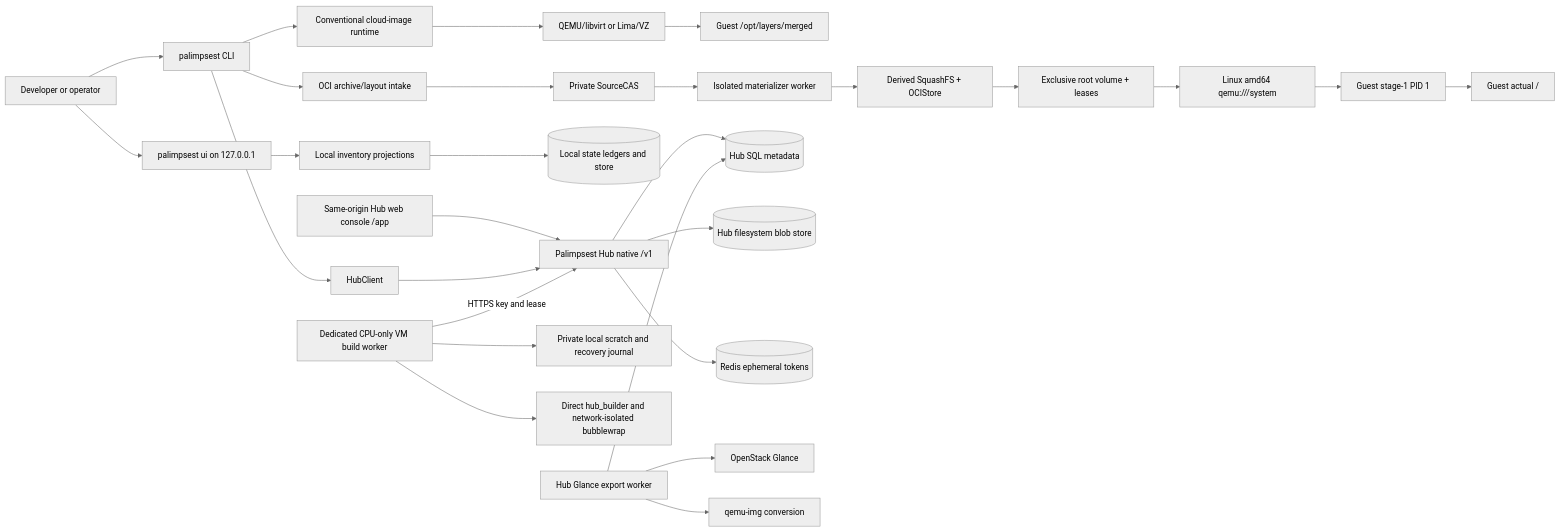
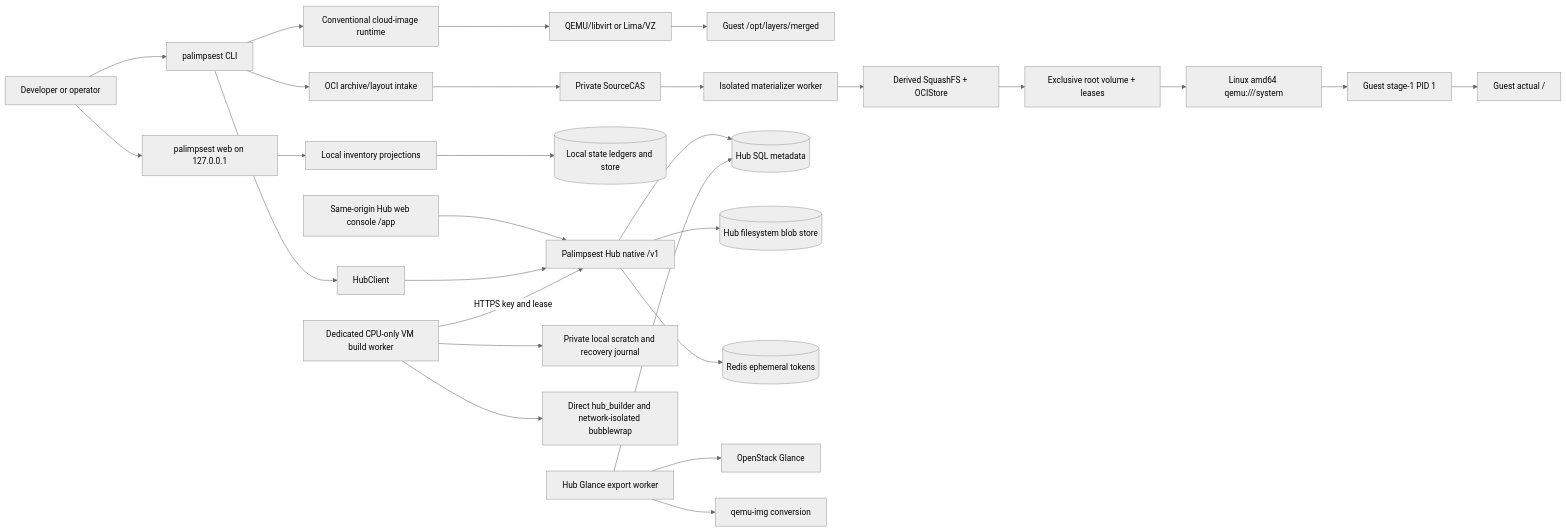
One commit to openstack-afterglow/palimpsest changed the diagram in ARCHITECTURE.md. Above: the diagram before and after it, drawn with Mermaid (neutral theme). The commit also changed other lines of this file and 117 other files, not shown here.

````diff
--- a/ARCHITECTURE.md
+++ b/ARCHITECTURE.md
@@ -265,32 +271,32 @@
 ```mermaid
 flowchart LR
     user[Developer or operator] --> cli[palimpsest CLI]
     cli --> conventional[Conventional cloud-image runtime]
     conventional --> hypervisor[QEMU/libvirt or Lima/VZ]
     hypervisor --> merged[Guest /opt/layers/merged]
 
     cli --> intake[OCI archive/layout intake]
     intake --> source[Private SourceCAS]
     source --> convert[Isolated materializer worker]
     convert --> derived[Derived SquashFS + OCIStore]
     derived --> rootprep[Exclusive root volume + leases]
     rootprep --> ocihost[Linux amd64 qemu:///system]
     ocihost --> stage1[Guest stage-1 PID 1]
     stage1 --> slash[Guest actual /]
 
-    user --> localui[palimpsest ui on 127.0.0.1]
+    user --> localui[palimpsest web on 127.0.0.1]
     localui --> localinv[Local inventory projections]
     localinv --> localstate[(Local state ledgers and store)]
     browser[Same-origin Hub web console /app] --> hubapi
     cli --> hubclient[HubClient]
     hubclient --> hubapi[Palimpsest Hub native /v1]
     hubapi --> hubsql[(Hub SQL metadata)]
     hubapi --> hubblob[(Hub filesystem blob store)]
     hubapi --> hubredis[(Redis ephemeral tokens)]
     hubbuild[Dedicated CPU-only VM build worker] -->|HTTPS key and lease| hubapi
     hubbuild --> scratch[Private local scratch and recovery journal]
     hubbuild --> directbuild[Direct hub_builder and network-isolated bubblewrap]
     hubworker[Hub Glance export worker] --> hubsql
     hubworker --> glance[OpenStack Glance]
     hubworker --> qemuimg[qemu-img conversion]
 ```
````
